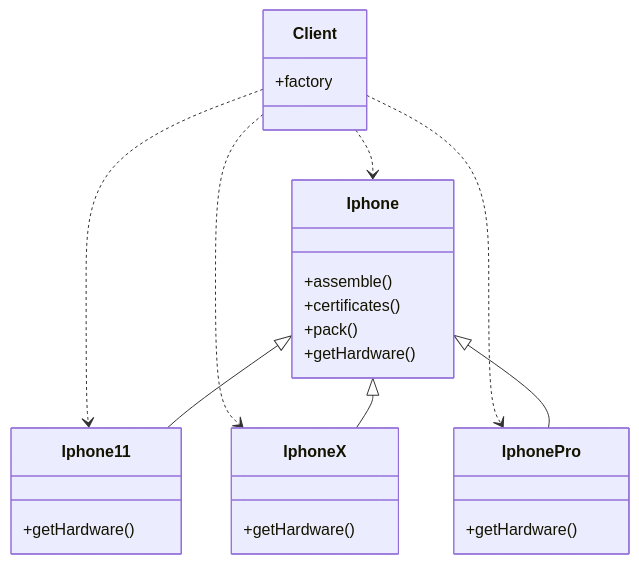
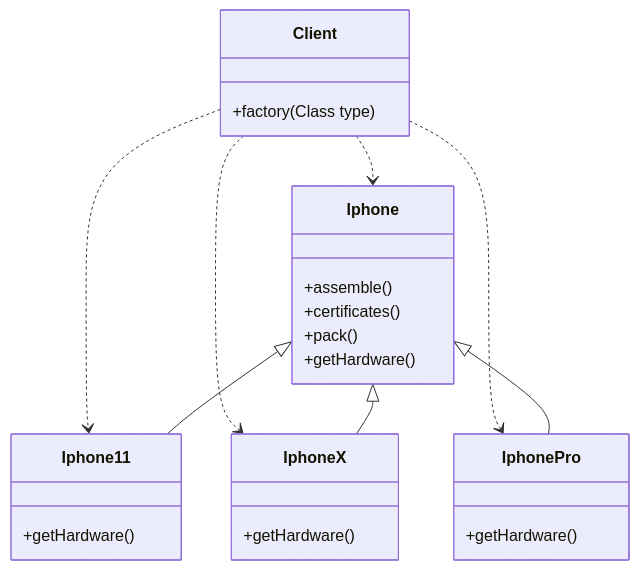
Before and after one commit to bcmes/design-patterns: the first of 4 diagrams in README.md, drawn with Mermaid. The commit also changed other lines of this file and 16 other files, not shown here.

````diff
--- a/README.md
+++ b/README.md
@@ -15,24 +18,24 @@
 ```mermaid
 classDiagram
 Client ..> Iphone
 Client ..> Iphone11
 Client ..> IphoneX
 Client ..> IphonePro
-Client: +factory
+Client: +factory(Class<?> type)
 Iphone <|-- Iphone11
 Iphone <|-- IphoneX
 Iphone <|-- IphonePro
 Iphone: +assemble()
 Iphone: +certificates()
 Iphone: +pack()
 Iphone: +getHardware()
 class Iphone11{
 +getHardware()
 }
 class IphoneX{
 +getHardware()
 }
 class IphonePro{
 +getHardware()
 }
 ```
````
